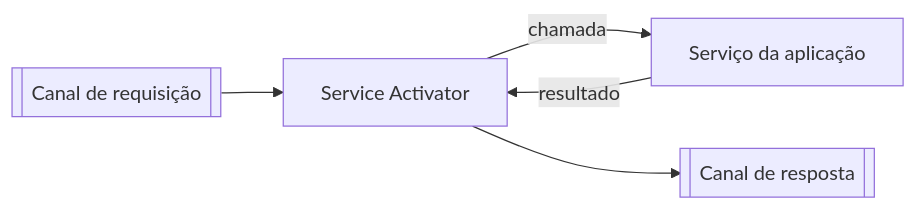
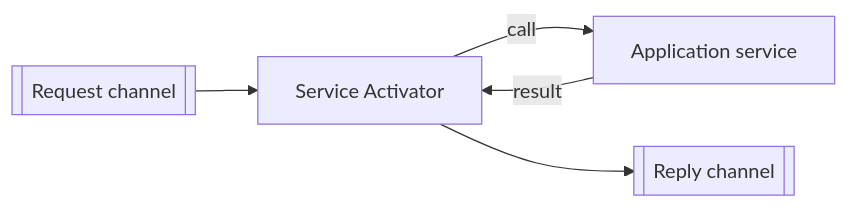
Before and after one commit to alancesar/design-patterns: the diagram in docs/architecture/eip/messaging-endpoints/service-activator.md, drawn with Mermaid. The commit also changed 258 other files, not shown here.

First line of the commit message:
Translate Mermaid diagrams to English

````diff
--- a/docs/architecture/eip/messaging-endpoints/service-activator.md
+++ b/docs/architecture/eip/messaging-endpoints/service-activator.md
@@ -49,7 +49,7 @@
 ```mermaid
 flowchart LR
-    C[["Canal de requisição"]] --> A["Service Activator"]
-    A -->|"chamada"| S["Serviço da aplicação"]
-    S -->|"resultado"| A
-    A --> R[["Canal de resposta"]]
+    C[["Request channel"]] --> A["Service Activator"]
+    A -->|"call"| S["Application service"]
+    S -->|"result"| A
+    A --> R[["Reply channel"]]
 ```
````
